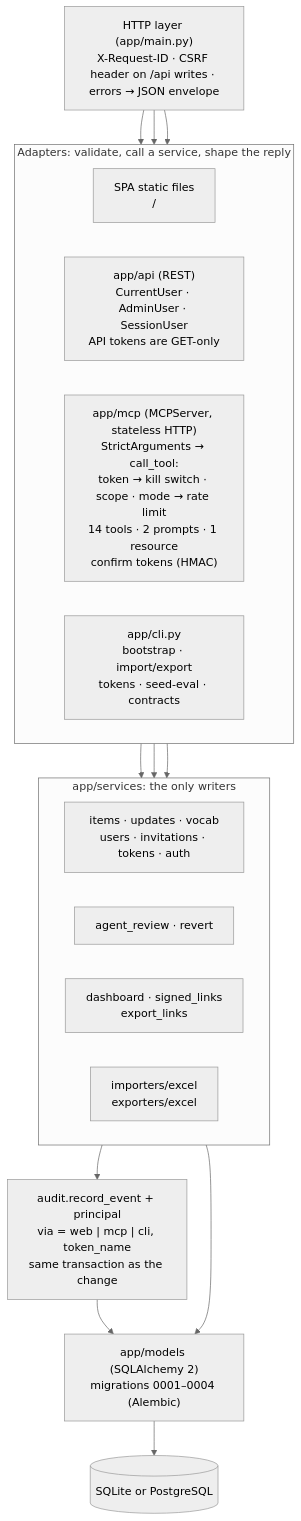
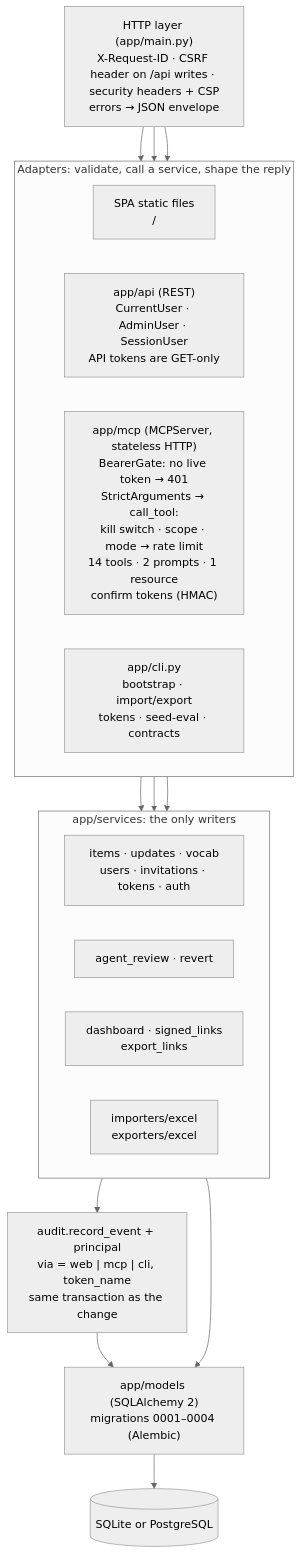
One commit to PyRo-Blaster/joint_project_management changed the second of 8 diagrams in docs/superpowers/architecture/2026-09-25-architecture-and-schema-as-built.md. Above: the diagram before and after it, drawn with Mermaid (neutral theme). The commit also changed other lines of this file and 5 other files, not shown here.

First line of the commit message:
docs: record the review fixes in the design, architecture and deployment docs

````diff
--- a/docs/superpowers/architecture/2026-09-25-architecture-and-schema-as-built.md
+++ b/docs/superpowers/architecture/2026-09-25-architecture-and-schema-as-built.md
@@ -93,35 +93,35 @@
 ```mermaid
 flowchart TB
-    mw["HTTP layer (app/main.py)<br/>X-Request-ID · CSRF header on /api writes · errors → JSON envelope"]
+    mw["HTTP layer (app/main.py)<br/>X-Request-ID · CSRF header on /api writes · security headers + CSP<br/>errors → JSON envelope"]
 
     subgraph adapters["Adapters: validate, call a service, shape the reply"]
         direction LR
         spa["SPA static files<br/>/"]
         rest["app/api (REST)<br/>CurrentUser · AdminUser · SessionUser<br/>API tokens are GET-only"]
-        mcp["app/mcp (MCPServer, stateless HTTP)<br/>StrictArguments → call_tool:<br/>token → kill switch · scope · mode → rate limit<br/>14 tools · 2 prompts · 1 resource<br/>confirm tokens (HMAC)"]
+        mcp["app/mcp (MCPServer, stateless HTTP)<br/>BearerGate: no live token → 401<br/>StrictArguments → call_tool:<br/>kill switch · scope · mode → rate limit<br/>14 tools · 2 prompts · 1 resource<br/>confirm tokens (HMAC)"]
         cli["app/cli.py<br/>bootstrap · import/export<br/>tokens · seed-eval · contracts"]
     end
 
     subgraph core["app/services: the only writers"]
         direction LR
         domain["items · updates · vocab<br/>users · invitations · tokens · auth"]
         review["agent_review · revert"]
         misc["dashboard · signed_links<br/>export_links"]
         io["importers/excel<br/>exporters/excel"]
     end
 
     audit["audit.record_event + principal<br/>via = web | mcp | cli, token_name<br/>same transaction as the change"]
     models["app/models (SQLAlchemy 2)<br/>migrations 0001–0004 (Alembic)"]
     db[("SQLite or PostgreSQL")]
 
     mw --> spa
     mw --> rest
     mw --> mcp
     rest --> core
     mcp --> core
     cli --> core
     core --> audit
     audit --> models
     core --> models
     models --> db
 ```
````
